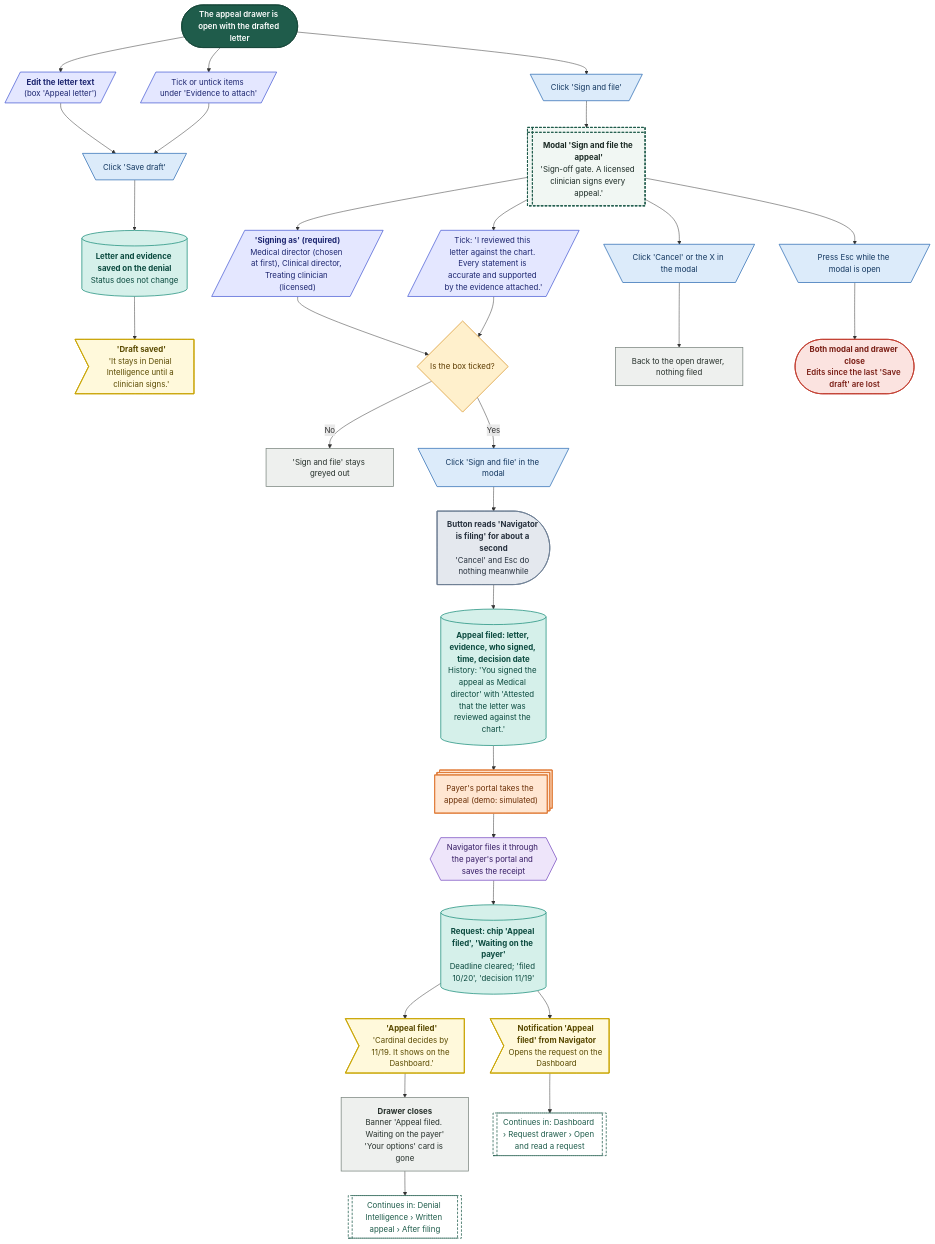
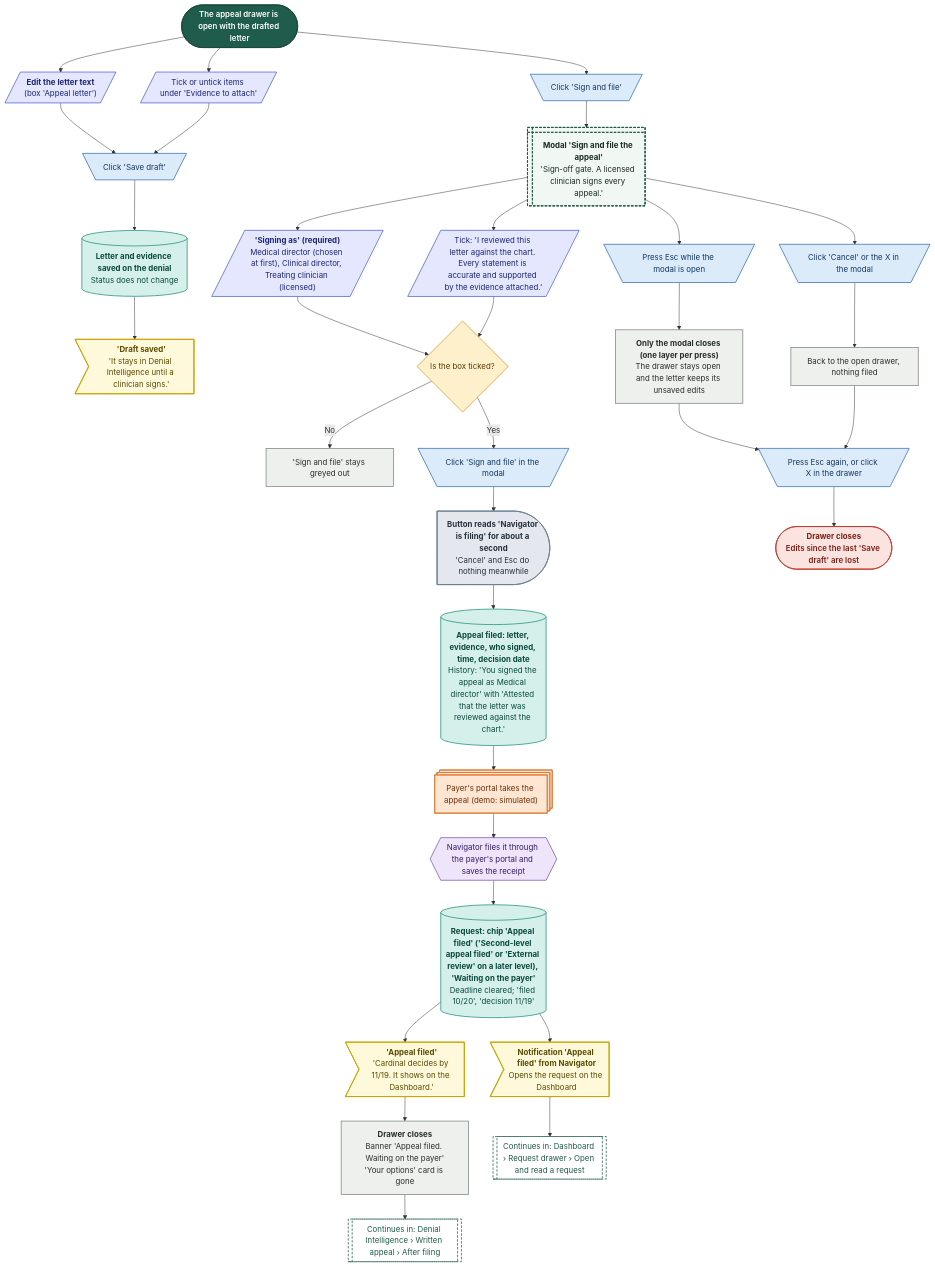
Diagram 14 of 20 in demos/prior-auth-demo/workflows/out/md/06-denials.md (Shrav143/psyfloapp), drawn with Mermaid before and after one commit. The commit also changed other lines of this file and 195 other files, not shown here.

First line of the commit message:
docs: Rebuild workflow diagrams after the demo fixes (220 diagrams)

````diff
--- a/demos/prior-auth-demo/workflows/out/md/06-denials.md
+++ b/demos/prior-auth-demo/workflows/out/md/06-denials.md
@@ -972,73 +1064,76 @@
 ```mermaid
 %%{init: {"theme":"base","themeVariables":{"fontFamily":"'DM Sans', 'Segoe UI', system-ui, sans-serif","fontSize":"15px","lineColor":"#5B6B63","primaryTextColor":"#1C2B25","clusterBkg":"#FBF8F3","clusterBorder":"#D9CDBB","edgeLabelBackground":"#FFFFFF"},"flowchart":{"curve":"basis","nodeSpacing":36,"rankSpacing":48,"padding":12,"htmlLabels":true,"useMaxWidth":false,"wrappingWidth":230}} }%%
 flowchart TD
   classDef k_start fill:#1F5C4B,stroke:#174638,color:#FFFFFF,stroke-width:1.5px,font-weight:600
   classDef k_end fill:#DDEFE3,stroke:#2E7D4F,color:#14502F,stroke-width:1.5px,font-weight:600
   classDef k_endx fill:#FBE3E0,stroke:#C0392B,color:#7A1F16,stroke-width:1.5px,font-weight:600
   classDef k_screen fill:#FFFDF8,stroke:#1F5C4B,color:#1C2B25,stroke-width:2px
   classDef k_overlay fill:#F1F7F3,stroke:#1F5C4B,color:#1C2B25,stroke-width:2px,stroke-dasharray:5 3
   classDef k_click fill:#DCEBFA,stroke:#2F6DB5,color:#12365F,stroke-width:1.5px
   classDef k_input fill:#E4E7FF,stroke:#4C5FD5,color:#1D2670,stroke-width:1.5px
   classDef k_process fill:#EEF0EE,stroke:#7A857F,color:#26302B,stroke-width:1.5px
   classDef k_agent fill:#EEE5FA,stroke:#7A4FC2,color:#341A63,stroke-width:1.5px
   classDef k_decision fill:#FFF0CC,stroke:#D9962B,color:#5C3B00,stroke-width:1.5px
   classDef k_store fill:#D5F0EA,stroke:#1C8E7B,color:#0B4A3F,stroke-width:1.5px
   classDef k_doc fill:#F6E9DC,stroke:#B07A4C,color:#4A2E14,stroke-width:1.5px
   classDef k_ext fill:#FFE6D2,stroke:#E07B39,color:#6B2F06,stroke-width:1.5px
   classDef k_wait fill:#E4E8EE,stroke:#6B7C93,color:#26303D,stroke-width:1.5px
   classDef k_toast fill:#FFF9DB,stroke:#C9A400,color:#5A4A00,stroke-width:1.5px
   classDef k_goto fill:#FFFFFF,stroke:#1F5C4B,color:#1F5C4B,stroke-width:1.5px,stroke-dasharray:5 3
   s1@{ shape: stadium, label: "The appeal drawer is open with the drafted letter" }
   i1@{ shape: lean-r, label: "<b>Edit the letter text</b><br/>(box 'Appeal letter')" }
   i2@{ shape: lean-r, label: "Tick or untick items under 'Evidence to attach'" }
   c1@{ shape: trap-t, label: "Click 'Save draft'" }
   st1@{ shape: cyl, label: "<b>Letter and evidence saved on the denial</b><br/>Status does not change" }
   t1@{ shape: odd, label: "<b>'Draft saved'</b><br/>'It stays in Denial Intelligence until a clinician signs.'" }
   c2@{ shape: trap-t, label: "Click 'Sign and file'" }
   o1@{ shape: win-pane, label: "<b>Modal 'Sign and file the appeal'</b><br/>'Sign-off gate. A licensed clinician signs every appeal.'" }
   i3@{ shape: lean-r, label: "<b>'Signing as' (required)</b><br/>Medical director (chosen at first), Clinical director, Treating clinician (licensed)" }
   i4@{ shape: lean-r, label: "Tick: 'I reviewed this letter against the chart. Every statement is accurate and supported by the evidence attached.'" }
   d1@{ shape: diam, label: "Is the box ticked?" }
   p1@{ shape: rect, label: "'Sign and file' stays greyed out" }
   c3@{ shape: trap-t, label: "Click 'Sign and file' in the modal" }
   w1@{ shape: delay, label: "<b>Button reads 'Navigator is filing' for about a second</b><br/>'Cancel' and Esc do nothing meanwhile" }
   st2@{ shape: cyl, label: "<b>Appeal filed: letter, evidence, who signed, time, decision date</b><br/>History: 'You signed the appeal as Medical director' with 'Attested that the letter was reviewed against the chart.'" }
   x1@{ shape: st-rect, label: "Payer's portal takes the appeal (demo: simulated)" }
   a1@{ shape: hex, label: "Navigator files it through the payer's portal and saves the receipt" }
-  st3@{ shape: cyl, label: "<b>Request: chip 'Appeal filed', 'Waiting on the payer'</b><br/>Deadline cleared; 'filed 10/20', 'decision 11/19'" }
+  st3@{ shape: cyl, label: "<b>Request: chip 'Appeal filed' ('Second-level appeal filed' or 'External review' on a later level), 'Waiting on the payer'</b><br/>Deadline cleared; 'filed 10/20', 'decision 11/19'" }
   t2@{ shape: odd, label: "<b>'Appeal filed'</b><br/>'Cardinal decides by 11/19. It shows on the Dashboard.'" }
   t3@{ shape: odd, label: "<b>Notification 'Appeal filed' from Navigator</b><br/>Opens the request on the Dashboard" }
   p2@{ shape: rect, label: "<b>Drawer closes</b><br/>Banner 'Appeal filed. Waiting on the payer'<br/>'Your options' card is gone" }
   c4@{ shape: trap-t, label: "Click 'Cancel' or the X in the modal" }
   p3@{ shape: rect, label: "Back to the open drawer, nothing filed" }
   c5@{ shape: trap-t, label: "Press Esc while the modal is open" }
-  e1@{ shape: stadium, label: "<b>Both modal and drawer close</b><br/>Edits since the last 'Save draft' are lost" }
+  p4@{ shape: rect, label: "<b>Only the modal closes (one layer per press)</b><br/>The drawer stays open and the letter keeps its unsaved edits" }
+  c6@{ shape: trap-t, label: "Press Esc again, or click X in the drawer" }
+  e1@{ shape: stadium, label: "<b>Drawer closes</b><br/>Edits since the last 'Save draft' are lost" }
   g1@{ shape: subproc, label: "Continues in: Denial Intelligence › Written appeal › After filing" }
   g2@{ shape: subproc, label: "Continues in: Dashboard › Request drawer › Open and read a request" }
   s1 --> i1 --> c1
   s1 --> i2 --> c1
   c1 --> st1 --> t1
   s1 --> c2 --> o1
   o1 --> i3 --> d1
   o1 --> i4 --> d1
   d1 -->|"No"| p1
   d1 -->|"Yes"| c3 --> w1 --> st2
   st2 --> x1 --> a1 --> st3 --> t2 --> p2
   st3 --> t3 --> g2
   p2 --> g1
   o1 --> c4 --> p3
-  o1 --> c5 --> e1
+  o1 --> c5 --> p4 --> c6 --> e1
+  p3 --> c6
   class s1 k_start
   class i1,i2,i3,i4 k_input
-  class c1,c2,c3,c4,c5 k_click
+  class c1,c2,c3,c4,c5,c6 k_click
   class st1,st2,st3 k_store
   class t1,t2,t3 k_toast
   class o1 k_overlay
   class d1 k_decision
-  class p1,p2,p3 k_process
+  class p1,p2,p3,p4 k_process
   class w1 k_wait
   class x1 k_ext
   class a1 k_agent
   class e1 k_endx
   class g1,g2 k_goto
 ```
````
